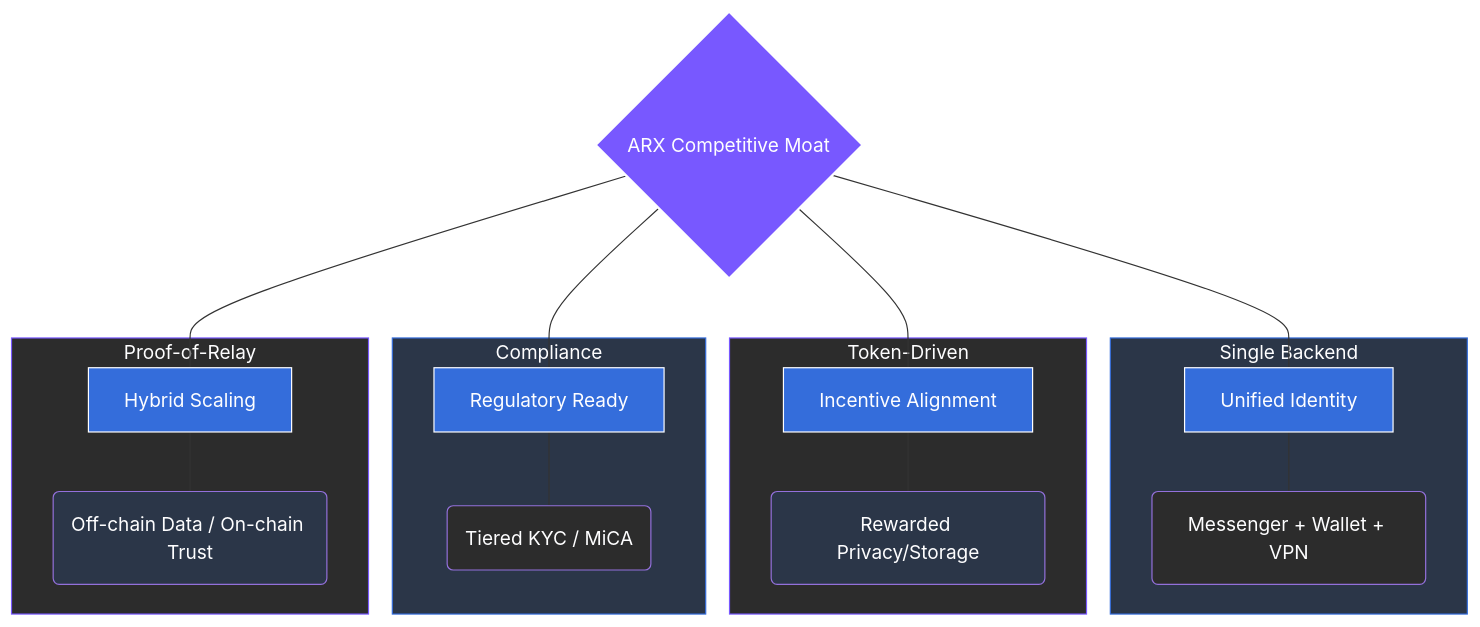
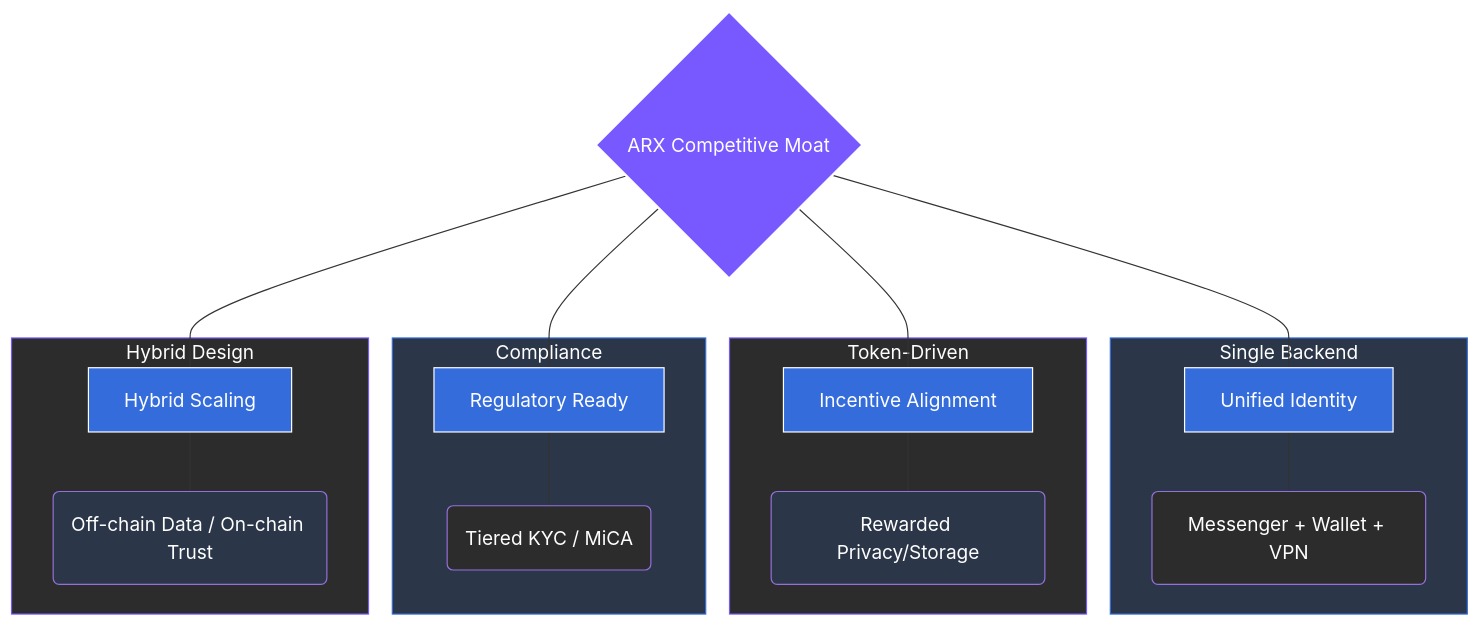
The diagram in gitbook/home/6-market-opportunity/6.4-arxs-competitive-advantages.md (unusnullus/docs-xmtp-org), drawn with Mermaid before and after one commit. The commit also changed other lines of this file and 32 other files, not shown here.

````diff
--- a/gitbook/home/6-market-opportunity/6.4-arxs-competitive-advantages.md
+++ b/gitbook/home/6-market-opportunity/6.4-arxs-competitive-advantages.md
@@ -27,49 +27,49 @@
 ```mermaid
 graph TD
     %% Global Styling
     accTitle: ARX Competitive Advantages
     accDescr: A visualization of the five pillars that form ARX's competitive moat.
 
     MOAT{ARX Competitive Moat}
 
     %% Advantage Pillars
     MOAT --- A[Unified Identity]
     MOAT --- B[Incentive Alignment]
     MOAT --- C[Regulatory Ready]
     MOAT --- D[Hybrid Scaling]
 
     %% Details
     subgraph Architecture ["Single Backend"]
         A --- A1(Messenger + Wallet + VPN)
     end
 
     subgraph Economy ["Token-Driven"]
         B --- B1(Rewarded Privacy/Storage)
     end
 
     subgraph Legal ["Compliance"]
         C --- C1(Tiered KYC / MiCA)
     end
 
-    subgraph Tech ["Proof-of-Relay"]
+    subgraph Tech ["Hybrid Design"]
         D --- D1(Off-chain Data / On-chain Trust)
     end
 
     %% Apply Brand Palette
     style MOAT fill:#7858ff,stroke:#fefeff,color:#fefeff,stroke-width:2px
     
     style A fill:#346ddb,stroke:#fefeff,color:#fefeff
     style B fill:#346ddb,stroke:#fefeff,color:#fefeff
     style C fill:#346ddb,stroke:#fefeff,color:#fefeff
     style D fill:#346ddb,stroke:#fefeff,color:#fefeff
 
     style Architecture fill:#2B3648,stroke:#346ddb,color:#fefeff
     style Economy fill:#2c2c2c,stroke:#7858ff,color:#fefeff
     style Legal fill:#2B3648,stroke:#346ddb,color:#fefeff
     style Tech fill:#2c2c2c,stroke:#7858ff,color:#fefeff
 
     style A1 fill:#2c2c2c,color:#fefeff
     style B1 fill:#2B3648,color:#fefeff
     style C1 fill:#2c2c2c,color:#fefeff
     style D1 fill:#2B3648,color:#fefeff
 ```
````
